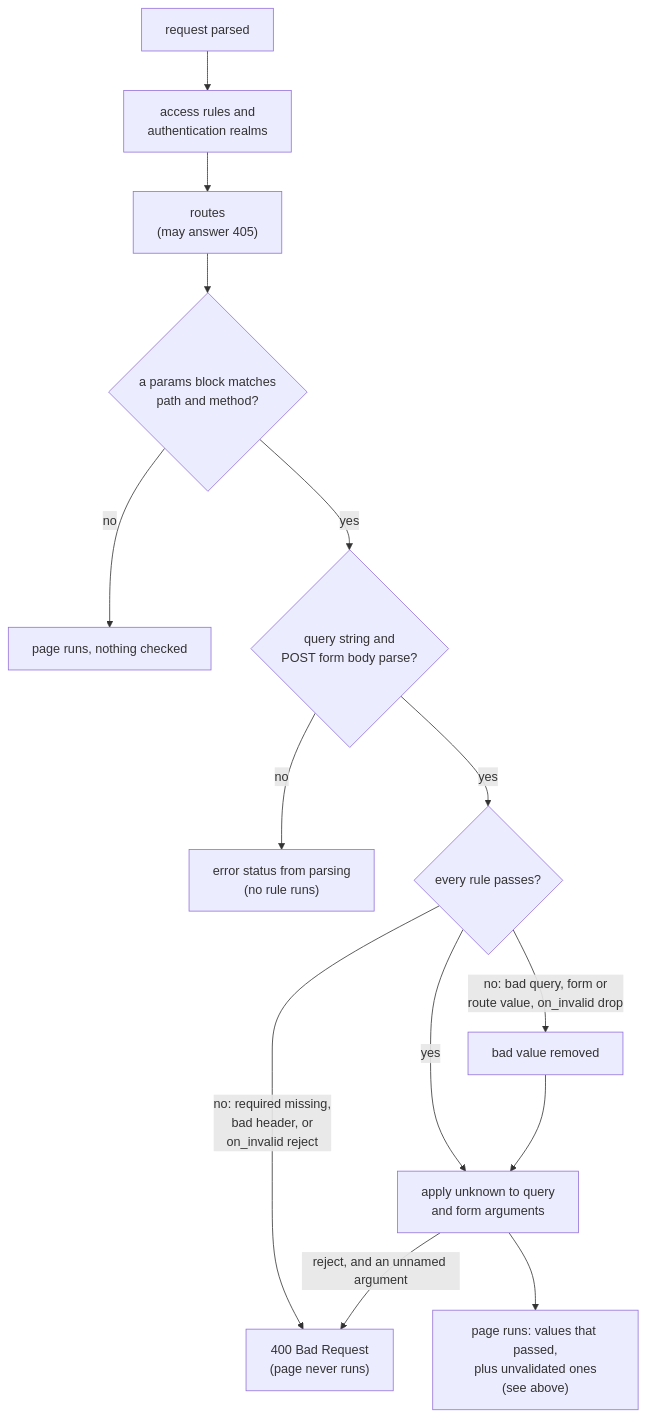
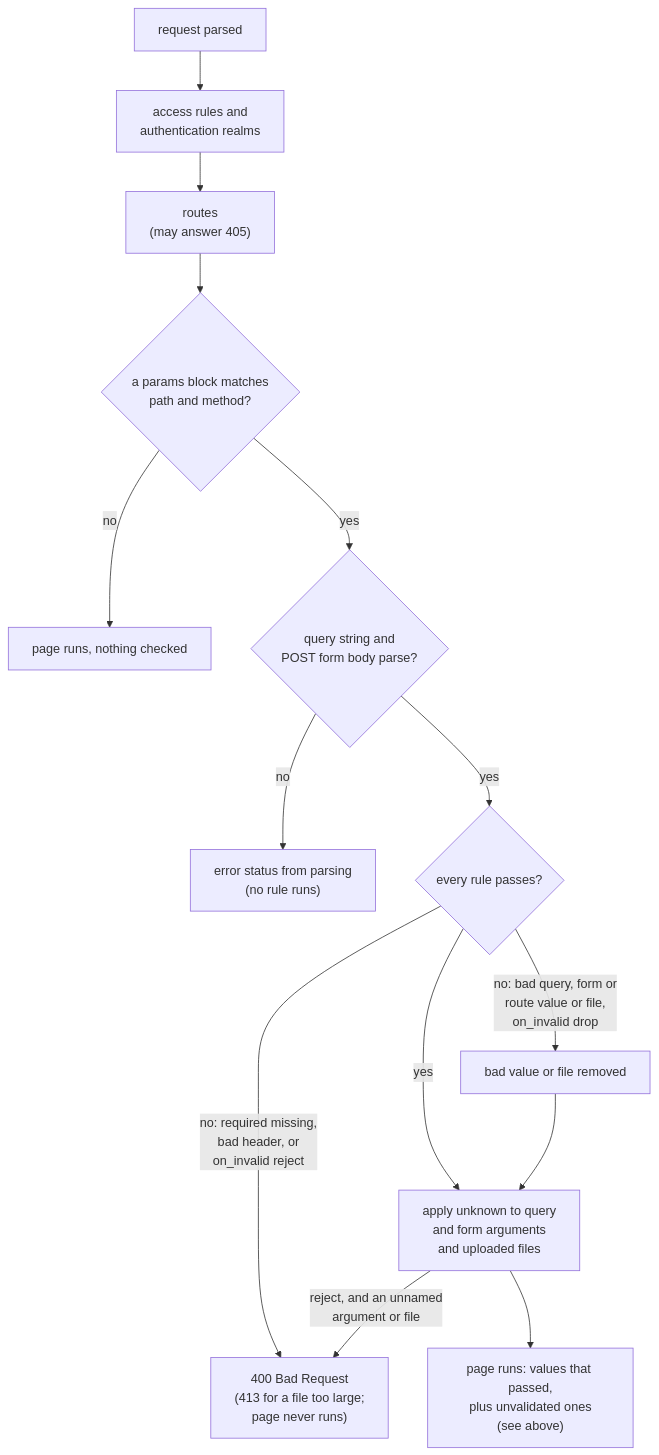
The diagram in doc/VALIDATE.md (DanielTillett/klin), drawn with Mermaid before and after one commit. The commit also changed other lines of this file and 16 other files, not shown here.

````diff
--- a/doc/VALIDATE.md
+++ b/doc/VALIDATE.md
@@ -96,16 +117,16 @@
 ```mermaid
 flowchart TD
     A["request parsed"] --> B["access rules and<br/>authentication realms"]
     B --> C["routes<br/>(may answer 405)"]
     C --> D{"a params block matches<br/>path and method?"}
     D -- no --> P["page runs, nothing checked"]
     D -- yes --> E{"query string and<br/>POST form body parse?"}
     E -- no --> Y["error status from parsing<br/>(no rule runs)"]
     E -- yes --> F{"every rule passes?"}
-    F -- "no: required missing,<br/>bad header, or<br/>on_invalid reject" --> X["400 Bad Request<br/>(page never runs)"]
-    F -- "no: bad query, form or<br/>route value, on_invalid drop" --> G["bad value removed"]
-    F -- yes --> H["apply unknown to query<br/>and form arguments"]
+    F -- "no: required missing,<br/>bad header, or<br/>on_invalid reject" --> X["400 Bad Request<br/>(413 for a file too large;<br/>page never runs)"]
+    F -- "no: bad query, form or<br/>route value or file,<br/>on_invalid drop" --> G["bad value or file removed"]
+    F -- yes --> H["apply unknown to query<br/>and form arguments<br/>and uploaded files"]
     G --> H
-    H -- "reject, and an unnamed argument" --> X
+    H -- "reject, and an unnamed<br/>argument or file" --> X
     H --> Q["page runs: values that passed,<br/>plus unvalidated ones<br/>(see above)"]
 ```
````
